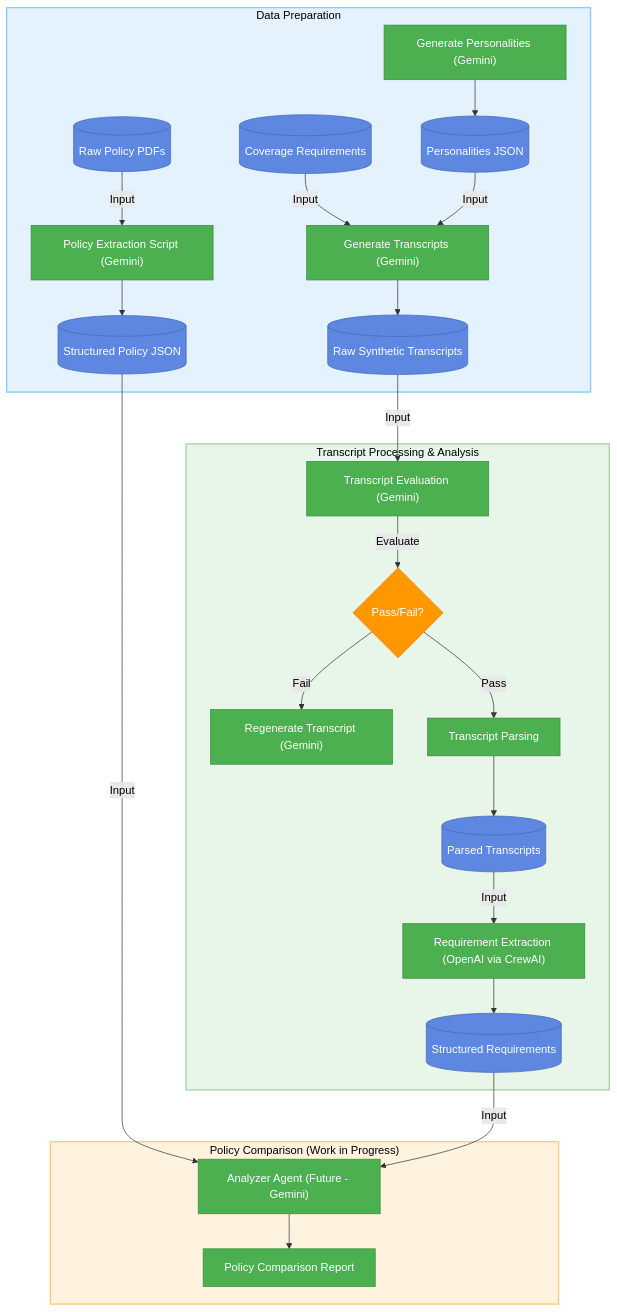
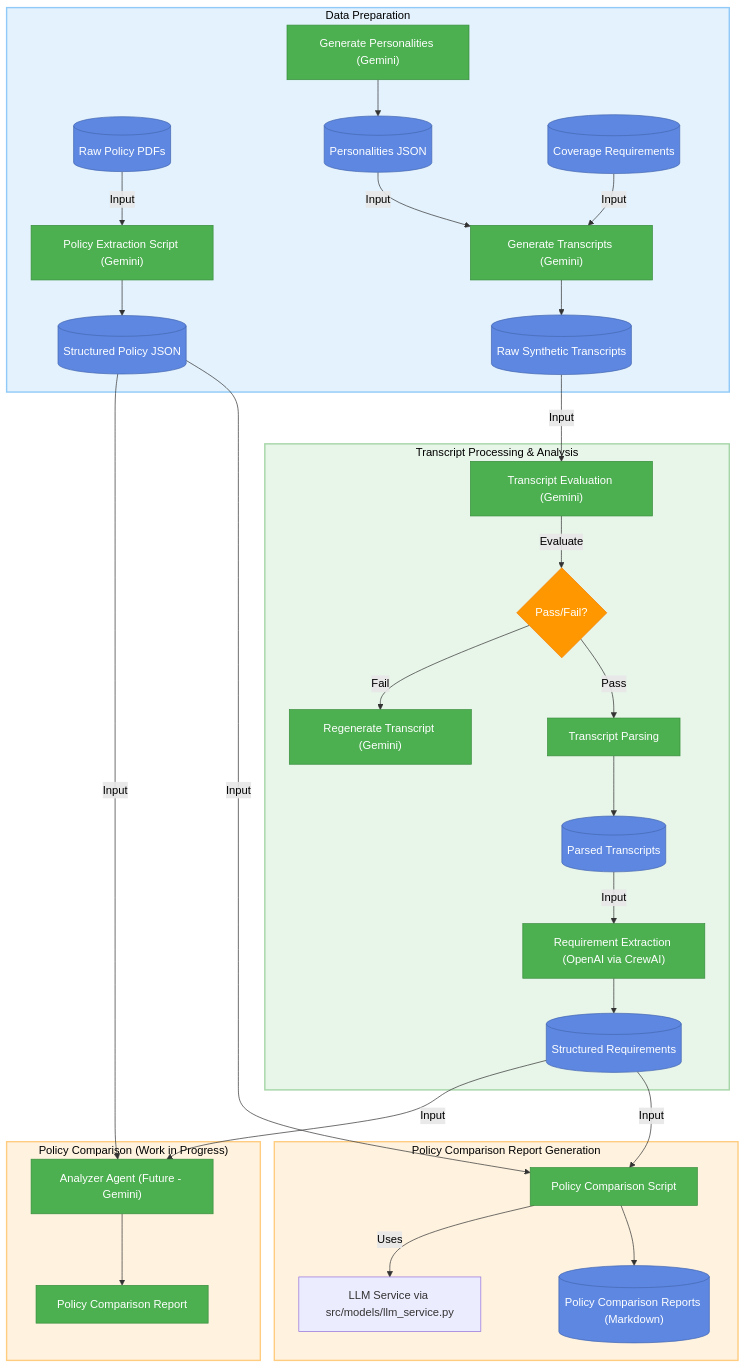
The diagram in README.md (DesmondChoy/mtech-policy-recsys), drawn with Mermaid before and after one commit. The commit also changed other lines of this file and 11 other files, not shown here.

First line of the commit message:
feat: Add policy comparison report generation script

````diff
--- a/README.md
+++ b/README.md
@@ -21,50 +21,62 @@
 ```mermaid
 flowchart TD
     %% Modern color scheme with improved text contrast
     classDef dataNode fill:#5D87E1,stroke:#4668B0,color:white,stroke-width:1px
     classDef processNode fill:#4CAF50,stroke:#388E3C,color:white,stroke-width:1px
     classDef decisionNode fill:#FF9800,stroke:#F57C00,color:white,stroke-width:1px
     
     %% Subgraph styling with black text
     classDef prepSubgraph fill:#E3F2FD,stroke:#90CAF9,color:black,stroke-width:2px
     classDef processSubgraph fill:#E8F5E9,stroke:#A5D6A7,color:black,stroke-width:2px
     classDef comparisonSubgraph fill:#FFF3E0,stroke:#FFCC80,color:black,stroke-width:2px
     
     %% Edge styling with black text
     linkStyle default color:black
 
     subgraph prep["Data Preparation"]
         RawPolicies[("Raw Policy PDFs")] -->|Input| ExtractScript["Policy Extraction Script (Gemini)"]
         ExtractScript --> ProcessedPolicies[("Structured Policy JSON")]
 
         GenPersonalities["Generate Personalities (Gemini)"] --> PersonalitiesJSON[("Personalities JSON")]
         CoverageReqs[("Coverage Requirements")] -->|Input| GenTranscripts["Generate Transcripts (Gemini)"]
         PersonalitiesJSON -->|Input| GenTranscripts
         GenTranscripts --> RawTranscripts[("Raw Synthetic Transcripts")]
     end
 
     subgraph process["Transcript Processing & Analysis"]
         RawTranscripts -->|Input| TranscriptEval["Transcript Evaluation (Gemini)"]
         TranscriptEval -->|Evaluate| EvalDecision{Pass/Fail?}
         EvalDecision -->|Fail| Regenerate["Regenerate Transcript (Gemini)"]
         EvalDecision -->|Pass| TranscriptParsing["Transcript Parsing"]
         TranscriptParsing --> ParsedTranscripts[("Parsed Transcripts")]
         ParsedTranscripts -->|Input| RequirementExtraction["Requirement Extraction (OpenAI via CrewAI)"]
         RequirementExtraction --> StructuredReqs[("Structured Requirements")]
     end
 
     subgraph comparison["Policy Comparison (Work in Progress)"]
         ProcessedPolicies -->|Input| AnalyzerAgent["Analyzer Agent (Future - Gemini)"]
         StructuredReqs -->|Input| AnalyzerAgent
         AnalyzerAgent --> ComparisonReport["Policy Comparison Report"]
     end
 
     %% Apply styles
     class RawPolicies,ProcessedPolicies,PersonalitiesJSON,CoverageReqs,RawTranscripts,ParsedTranscripts,StructuredReqs dataNode
     class ExtractScript,GenPersonalities,GenTranscripts,TranscriptEval,TranscriptParsing,RequirementExtraction,AnalyzerAgent,ComparisonReport,Regenerate processNode
     class EvalDecision decisionNode
     
     class prep prepSubgraph
     class process processSubgraph
     class comparison comparisonSubgraph
+
+    %% Add Policy Comparison Script to Diagram
+    subgraph comparisonReportGen ["Policy Comparison Report Generation"]
+        StructuredReqs -->|Input| GenComparisonScript["Policy Comparison Script"]
+        ProcessedPolicies -->|Input| GenComparisonScript
+        GenComparisonScript -- Uses --> LLMServiceNode[LLM Service via src/models/llm_service.py]
+        GenComparisonScript --> ComparisonReports[("Policy Comparison Reports (Markdown)")]
+    end
+
+    class GenComparisonScript processNode
+    class ComparisonReports dataNode
+    class comparisonReportGen comparisonSubgraph
 ```
````
